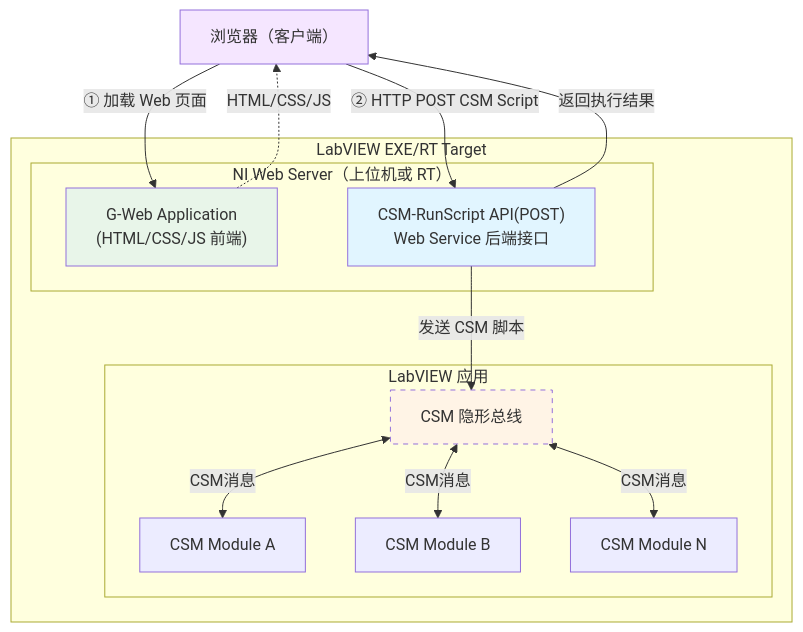
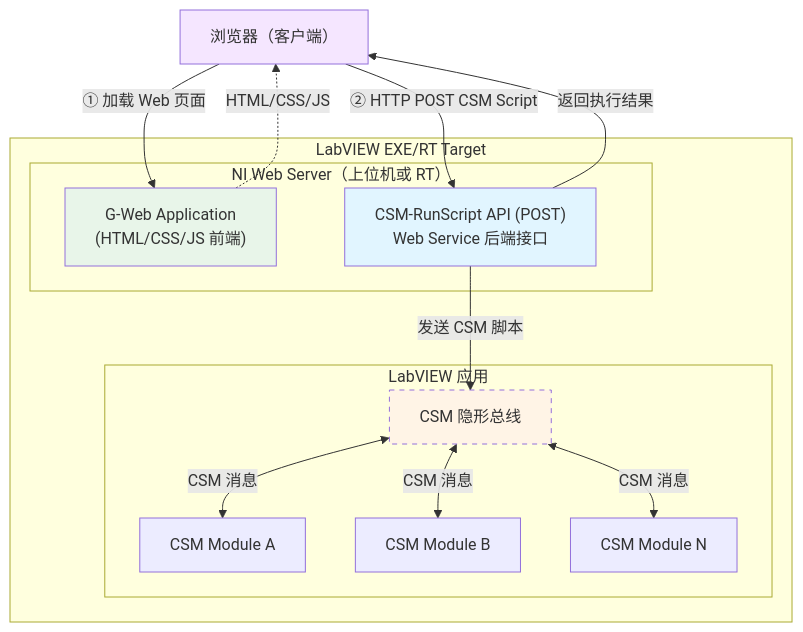
Before and after one commit to NEVSTOP-LAB/G-Web-Development-with-CSM: the diagram in README(CN).md, drawn with Mermaid. The commit also changed other lines of this file and 1 other file, not shown here.

Commit message:
docs: sync and improve English and Chinese README files (#5)
Agent-Logs-Url: https://github.com/NEVSTOP-LAB/G-Web-Development-with-CSM/sessions/b1789d86-e59d-4bc1-ab60-532985e7f699

````diff
--- a/README(CN).md
+++ b/README(CN).md
@@ -13,32 +13,32 @@
 ```mermaid
 graph TB
     Browser["浏览器（客户端）"]
 
     subgraph LabVIEW EXE/RT Target
         subgraph "NI Web Server（上位机或 RT）"
             GW["G-Web Application<br/>(HTML/CSS/JS 前端)"]
-            RS["CSM-RunScript API(POST)<br/>Web Service 后端接口"]
+            RS["CSM-RunScript API (POST)<br/>Web Service 后端接口"]
         end
 
         subgraph "LabVIEW 应用"
             Bus[CSM 隐形总线]
             M1[CSM Module A]
             M2[CSM Module B]
             MN[CSM Module N]
         end
     end
 
     Browser -->|"① 加载 Web 页面"| GW
     GW -.->|"HTML/CSS/JS"| Browser
     Browser -->|"② HTTP POST CSM Script"| RS
     RS -->|发送 CSM 脚本| Bus
-    Bus <-->|CSM消息| M1
-    Bus <-->|CSM消息| M2
-    Bus <-->|CSM消息| MN
+    Bus <-->|CSM 消息| M1
+    Bus <-->|CSM 消息| M2
+    Bus <-->|CSM 消息| MN
     RS -->|返回执行结果| Browser
 
     style RS fill:#e1f5ff
     style Bus fill:#fff4e6,stroke-dasharray:5 5
     style GW fill:#e8f5e9
     style Browser fill:#f5e6ff
 ```
````
